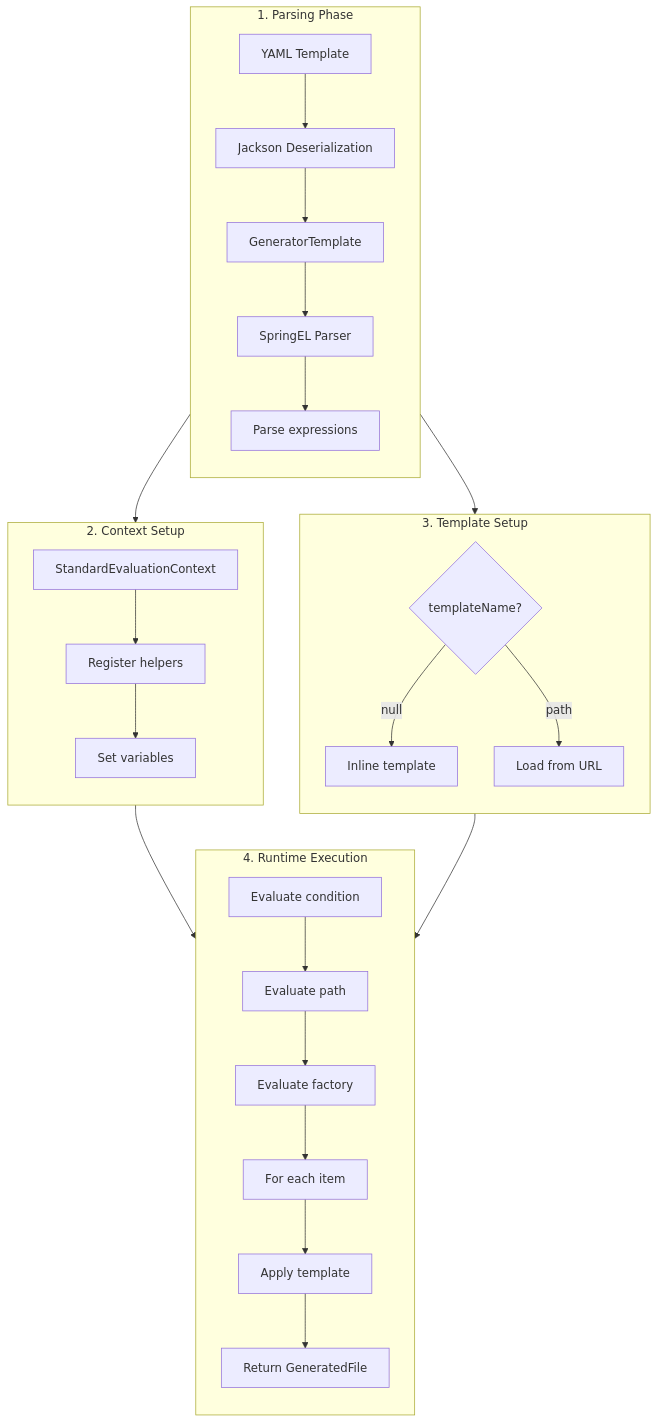
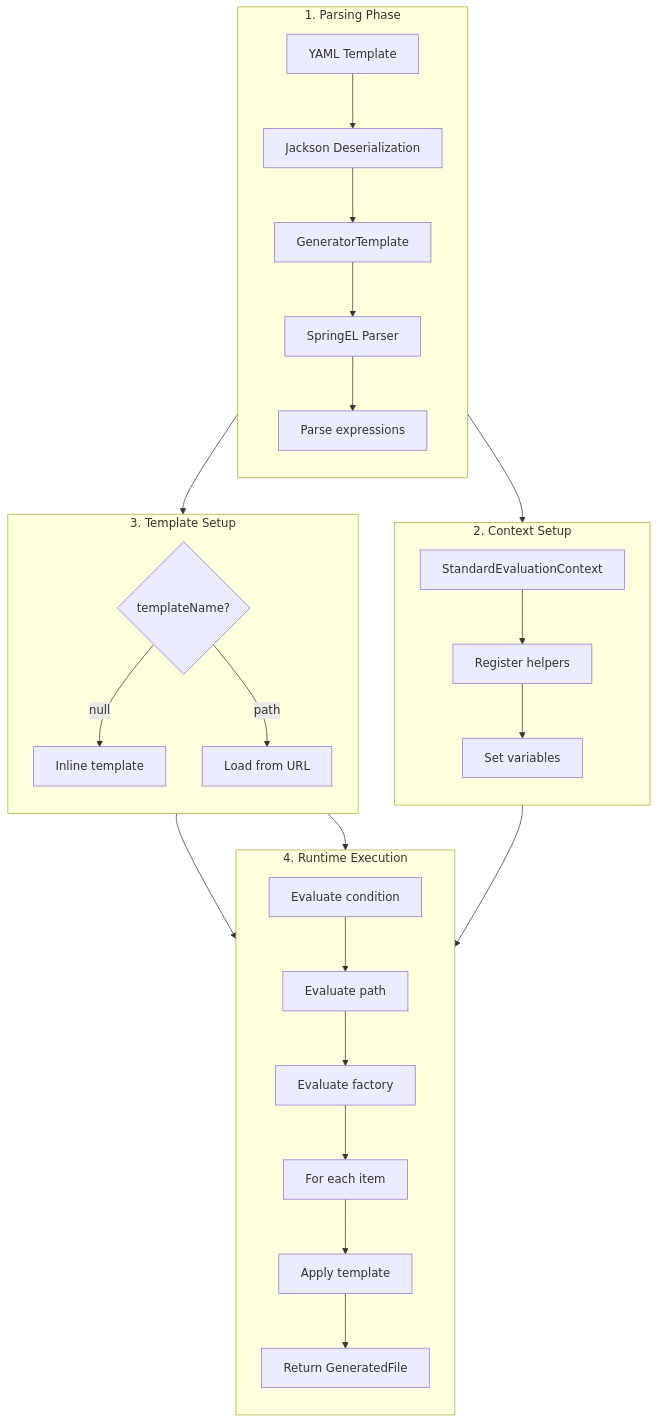
One commit to BlackBeltTechnology/judo-generator-commons changed the third of 4 diagrams in AGENTS.md. Above: the diagram before and after it, drawn with Mermaid. The commit also changed other lines of this file, not shown here.

Commit message:
fix: Connect specific nodes instead of subgraphs in Mermaid diagrams
Fixes duplicate lines between subgraphs by connecting last/first nodes directly:
- Complete Flow: E4 --> W1, W6 --> G1
- Expression Evaluation: EX --> SEC/HT, V/IT/NT --> R1

````diff
--- a/AGENTS.md
+++ b/AGENTS.md
@@ -117,37 +117,38 @@
 ```mermaid
 flowchart TD
     subgraph Parse["1. Parsing Phase"]
         direction TB
         Y[YAML Template] --> J[Jackson Deserialization]
         J --> GT[GeneratorTemplate]
         GT --> SP[SpringEL Parser]
         SP --> EX[Parse expressions]
     end
 
     subgraph Context["2. Context Setup"]
         direction TB
         SEC[StandardEvaluationContext] --> H[Register helpers]
         H --> V[Set variables]
     end
 
     subgraph Template["3. Template Setup"]
         direction TB
         HT{templateName?}
         HT -->|null| IT[Inline template]
         HT -->|path| NT[Load from URL]
     end
 
     subgraph Runtime["4. Runtime Execution"]
         direction TB
         R1[Evaluate condition] --> R2[Evaluate path]
         R2 --> R3[Evaluate factory]
         R3 --> R4[For each item]
         R4 --> R5[Apply template]
         R5 --> R6[Return GeneratedFile]
     end
 
-    Parse --> Context
-    Parse --> Template
-    Context --> Runtime
-    Template --> Runtime
+    EX --> SEC
+    EX --> HT
+    V --> R1
+    IT --> R1
+    NT --> R1
 ```
````
